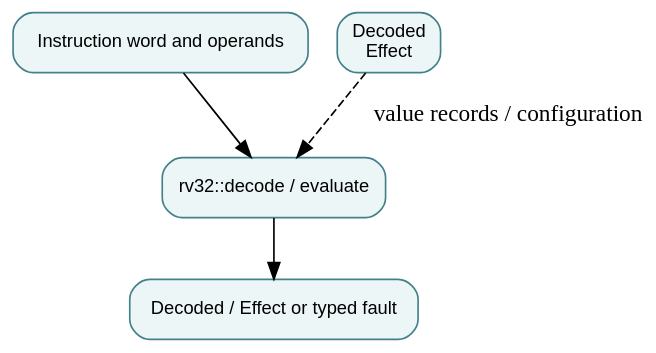
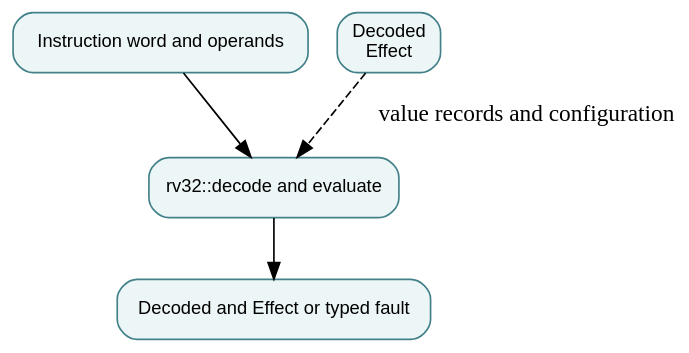
The diagram in docs/modules/isa-decoder-and-semantics.md (qsbit-org/qsbit-sim), drawn with Graphviz before and after one commit. The commit also changed other lines of this file and 71 other files, not shown here.

````diff
--- a/docs/modules/isa-decoder-and-semantics.md
+++ b/docs/modules/isa-decoder-and-semantics.md
@@ -14,11 +14,11 @@
 ```{graphviz}
 digraph module {
   rankdir=TB; bgcolor="transparent";
   node [shape=box, style="rounded,filled", fillcolor="#edf6f7", color="#43818a", fontname="sans-serif", fontsize=11];
   input [label="Instruction word and operands"];
-  owner [label="rv32::decode / evaluate"];
+  owner [label="rv32::decode and evaluate"];
   state [label="Decoded\nEffect"];
-  output [label="Decoded / Effect or typed fault"];
-  input -> owner; owner -> output; state -> owner [style=dashed, label="value records / configuration"];
+  output [label="Decoded and Effect or typed fault"];
+  input -> owner; owner -> output; state -> owner [style=dashed, label="value records and configuration"];
 }
 ```
````
